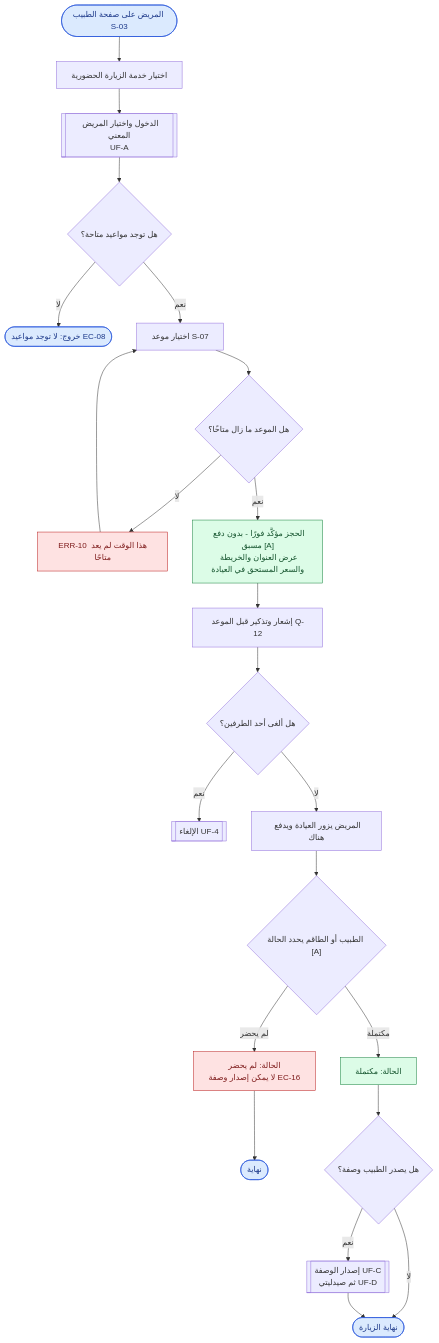
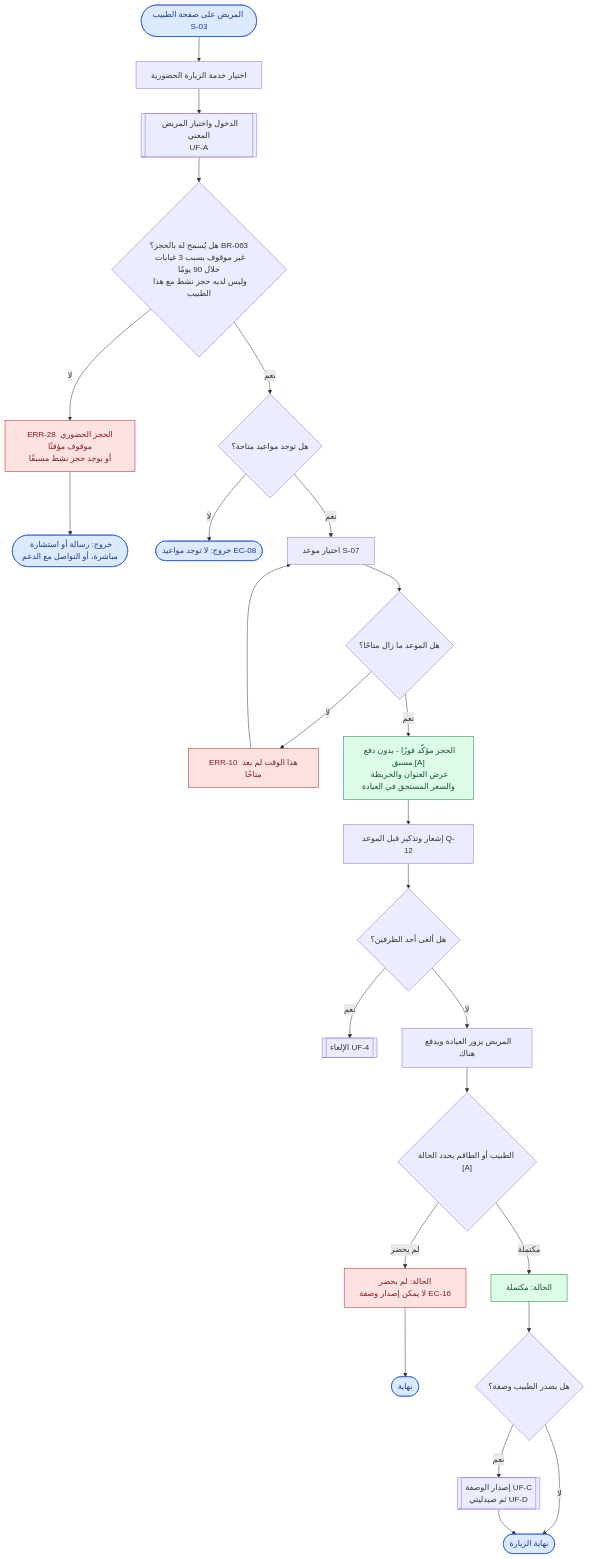
One commit to foxamoca/iltiam changed the fifth of 12 diagrams in docs/user-flow.ar.md. Above: the diagram before and after it, drawn with Mermaid. The commit also changed other lines of this file and 6 other files, not shown here.

Commit message:
docs: update PRD (Arabic + PDFs), user flows and UI/UX to v1.1

````diff
--- a/docs/user-flow.ar.md
+++ b/docs/user-flow.ar.md
@@ -327,31 +338,34 @@
 ```mermaid
 flowchart TD
     START(["المريض على صفحة الطبيب S-03"]) --> SVC["اختيار خدمة الزيارة الحضورية"]
     SVC --> AUTHQ[["الدخول واختيار المريض المعني<br/>UF-A"]]
-    AUTHQ --> AVAIL{"هل توجد مواعيد متاحة؟"}
+    AUTHQ --> NSB{"هل يُسمح له بالحجز؟ BR-063<br/>غير موقوف بسبب 3 غيابات خلال 90 يومًا<br/>وليس لديه حجز نشط مع هذا الطبيب"}
+    NSB -->|"لا"| ERR28["ERR-28 الحجز الحضوري موقوف مؤقتًا<br/>أو يوجد حجز نشط مسبقًا"]
+    ERR28 --> NSBX(["خروج: رسالة أو استشارة مباشرة، أو التواصل مع الدعم"])
+    NSB -->|"نعم"| AVAIL{"هل توجد مواعيد متاحة؟"}
     AVAIL -->|"لا"| NOAV(["خروج: لا توجد مواعيد EC-08"])
     AVAIL -->|"نعم"| SLOT["اختيار موعد S-07"]
     SLOT --> FREE{"هل الموعد ما زال متاحًا؟"}
     FREE -->|"لا"| ERR10["ERR-10 هذا الوقت لم يعد متاحًا"]
     ERR10 --> SLOT
     FREE -->|"نعم"| CONF["الحجز مؤكَّد فورًا - بدون دفع مسبق [A]<br/>عرض العنوان والخريطة والسعر المستحق في العيادة"]
     CONF --> REM["إشعار وتذكير قبل الموعد Q-12"]
     REM --> CANQ{"هل ألغى أحد الطرفين؟"}
     CANQ -->|"نعم"| CANF[["الإلغاء UF-4"]]
     CANQ -->|"لا"| VISIT["المريض يزور العيادة ويدفع هناك"]
     VISIT --> MARK{"الطبيب أو الطاقم يحدد الحالة [A]"}
     MARK -->|"لم يحضر"| NS["الحالة: لم يحضر<br/>لا يمكن إصدار وصفة EC-16"]
     NS --> NSX(["نهاية"])
     MARK -->|"مكتملة"| DONEV["الحالة: مكتملة"]
     DONEV --> RX{"هل يصدر الطبيب وصفة؟"}
     RX -->|"نعم"| RXF[["إصدار الوصفة UF-C<br/>ثم صيدليتي UF-D"]]
     RX -->|"لا"| DONE(["نهاية الزيارة"])
     RXF --> DONE
 
     classDef entry fill:#dbeafe,stroke:#1d4ed8,color:#1e3a8a
     classDef success fill:#dcfce7,stroke:#15803d,color:#14532d
     classDef error fill:#fee2e2,stroke:#b91c1c,color:#7f1d1d
-    class START,NOAV,NSX,DONE entry
+    class START,NOAV,NSX,NSBX,DONE entry
     class CONF,DONEV success
-    class ERR10,NS error
+    class ERR10,NS,ERR28 error
 ```
````
